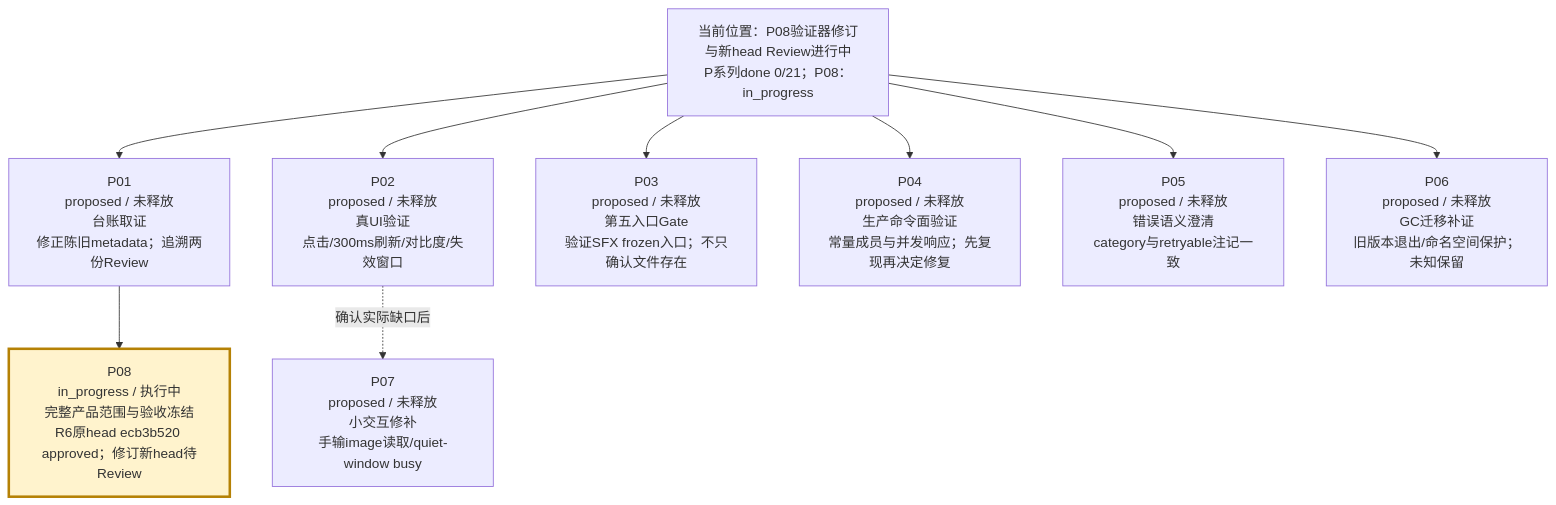
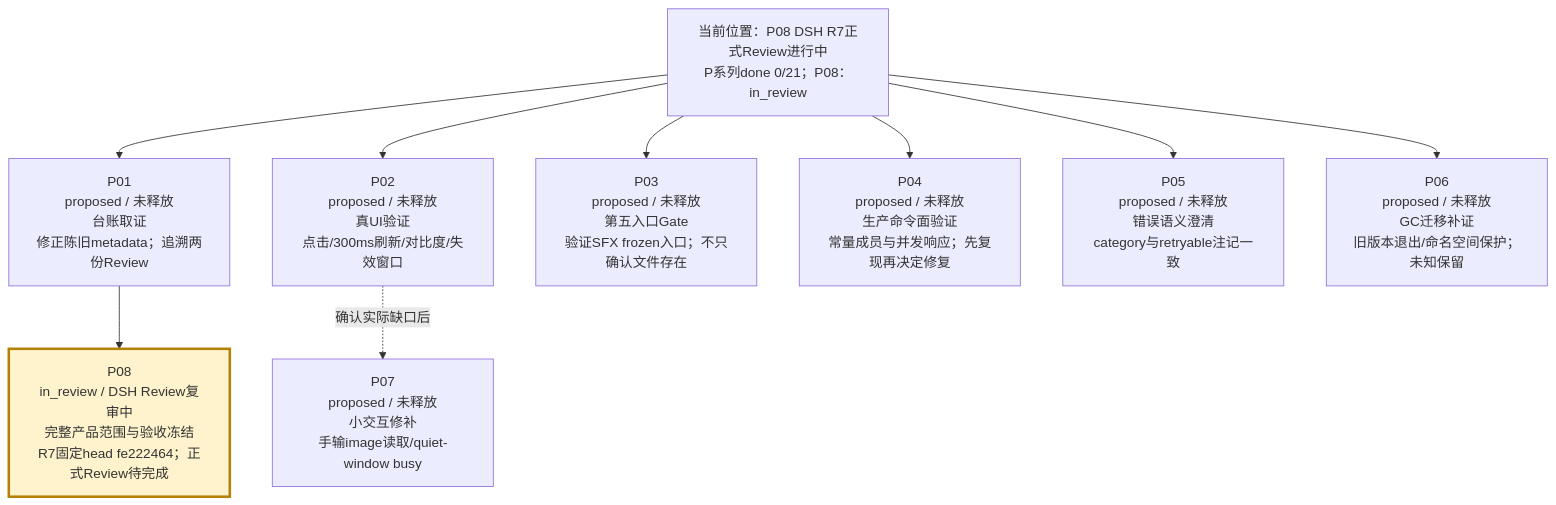
The second of 4 diagrams in verification/PROJECT-ROADMAP-20261008/ROADMAP.md (peakwheat-pixel/New-Manga), drawn with Mermaid before and after one commit. The commit also changed other lines of this file and 13 other files, not shown here.

````diff
--- a/verification/PROJECT-ROADMAP-20261008/ROADMAP.md
+++ b/verification/PROJECT-ROADMAP-20261008/ROADMAP.md
@@ -30,12 +30,12 @@
 ```mermaid
 flowchart TB
-  BASE["当前位置：P08验证器修订与新head Review进行中<br/>P系列done 0/21；P08：in_progress"] --> P01["P01<br/>proposed / 未释放<br/>台账取证<br/>修正陈旧metadata；追溯两份Review"]
+  BASE["当前位置：P08 DSH R7正式Review进行中<br/>P系列done 0/21；P08：in_review"] --> P01["P01<br/>proposed / 未释放<br/>台账取证<br/>修正陈旧metadata；追溯两份Review"]
   BASE --> P02["P02<br/>proposed / 未释放<br/>真UI验证<br/>点击/300ms刷新/对比度/失效窗口"]
   BASE --> P03["P03<br/>proposed / 未释放<br/>第五入口Gate<br/>验证SFX frozen入口；不只确认文件存在"]
   BASE --> P04["P04<br/>proposed / 未释放<br/>生产命令面验证<br/>常量成员与并发响应；先复现再决定修复"]
   BASE --> P05["P05<br/>proposed / 未释放<br/>错误语义澄清<br/>category与retryable注记一致"]
   BASE --> P06["P06<br/>proposed / 未释放<br/>GC迁移补证<br/>旧版本退出/命名空间保护；未知保留"]
   P02 -. "确认实际缺口后" .-> P07["P07<br/>proposed / 未释放<br/>小交互修补<br/>手输image读取/quiet-window busy"]
-  P01 --> P08["P08<br/>in_progress / 执行中<br/>完整产品范围与验收冻结<br/>R6原head ecb3b520 approved；修订新head待Review"]
+  P01 --> P08["P08<br/>in_review / DSH Review复审中<br/>完整产品范围与验收冻结<br/>R7固定head fe222464；正式Review待完成"]
   style P08 fill:#fff3cd,stroke:#b58105,stroke-width:3px
 ```
````
